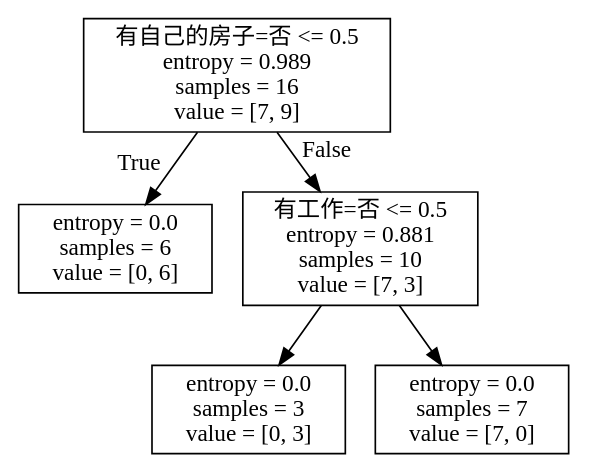
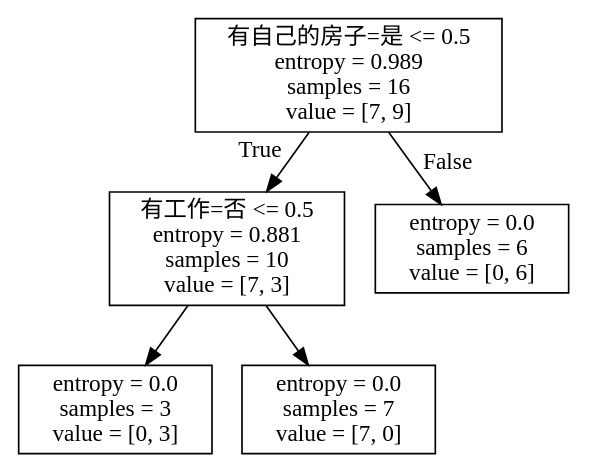
One commit to yangxin6/MechineLearning changed the diagram in lesson3/data.dot. Above: the diagram before and after it, drawn with Graphviz. The commit also changed 6 other files, not shown here.

```diff
--- a/lesson3/data.dot
+++ b/lesson3/data.dot
@@ -1,12 +1,12 @@
 digraph Tree {
 node [shape=box] ;
-0 [label="有自己的房子=否 <= 0.5\nentropy = 0.989\nsamples = 16\nvalue = [7, 9]"] ;
-1 [label="entropy = 0.0\nsamples = 6\nvalue = [0, 6]"] ;
+0 [label="有自己的房子=是 <= 0.5\nentropy = 0.989\nsamples = 16\nvalue = [7, 9]"] ;
+1 [label="有工作=否 <= 0.5\nentropy = 0.881\nsamples = 10\nvalue = [7, 3]"] ;
 0 -> 1 [labeldistance=2.5, labelangle=45, headlabel="True"] ;
-2 [label="有工作=否 <= 0.5\nentropy = 0.881\nsamples = 10\nvalue = [7, 3]"] ;
-0 -> 2 [labeldistance=2.5, labelangle=-45, headlabel="False"] ;
-3 [label="entropy = 0.0\nsamples = 3\nvalue = [0, 3]"] ;
-2 -> 3 ;
-4 [label="entropy = 0.0\nsamples = 7\nvalue = [7, 0]"] ;
-2 -> 4 ;
+2 [label="entropy = 0.0\nsamples = 3\nvalue = [0, 3]"] ;
+1 -> 2 ;
+3 [label="entropy = 0.0\nsamples = 7\nvalue = [7, 0]"] ;
+1 -> 3 ;
+4 [label="entropy = 0.0\nsamples = 6\nvalue = [0, 6]"] ;
+0 -> 4 [labeldistance=2.5, labelangle=-45, headlabel="False"] ;
 }
```
